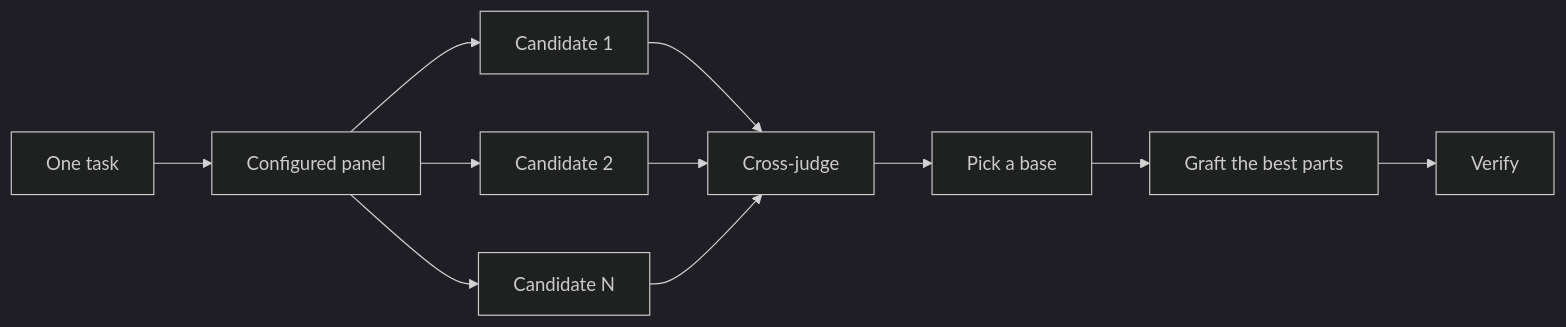
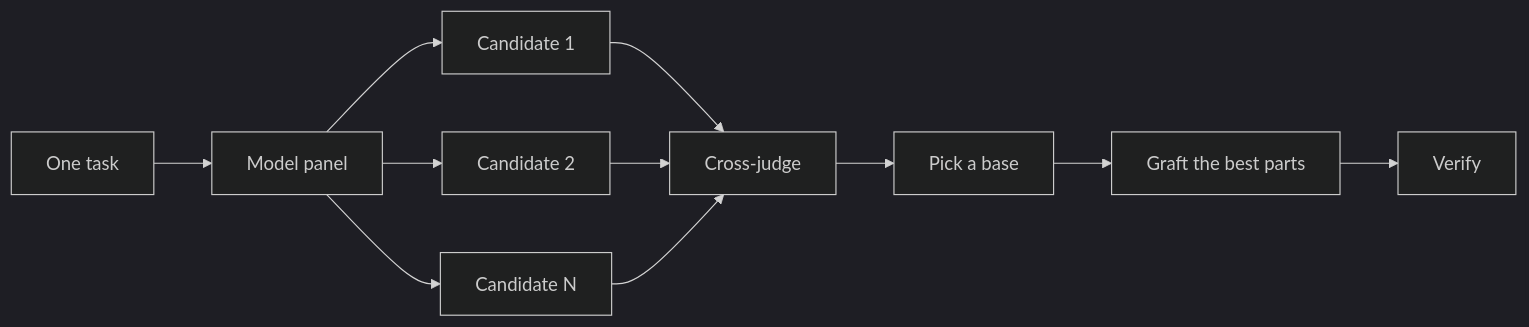
Before and after one commit to binarystride/bstack: the diagram in bstack/docs/guide/04-design.md, drawn with Mermaid (dark theme). The commit also changed other lines of this file and 17 other files, not shown here.

````diff
--- a/bstack/docs/guide/04-design.md
+++ b/bstack/docs/guide/04-design.md
@@ -27,13 +27,13 @@
 ```mermaid
 flowchart LR
-    A[One task] --> B[Configured panel]
+    A[One task] --> B[Model panel]
     B --> C[Candidate 1]
     B --> D[Candidate 2]
     B --> E[Candidate N]
     C --> F[Cross-judge]
     D --> F
     E --> F
     F --> G[Pick a base]
     G --> H[Graft the best parts]
     H --> I[Verify]
 ```
````
